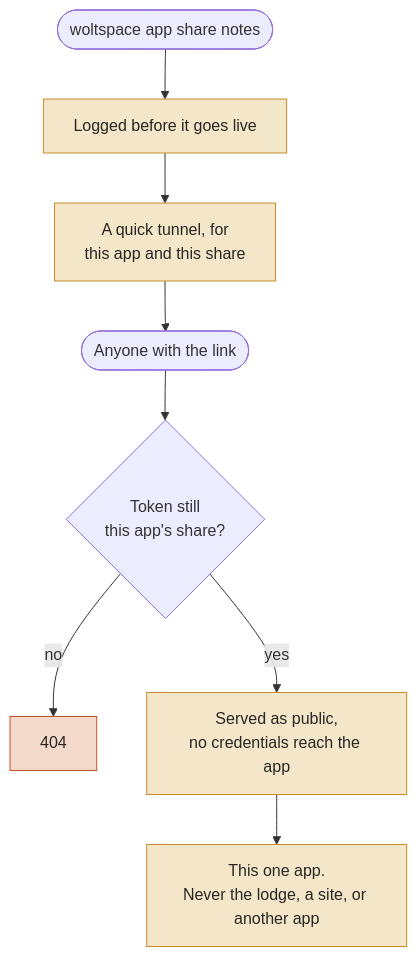
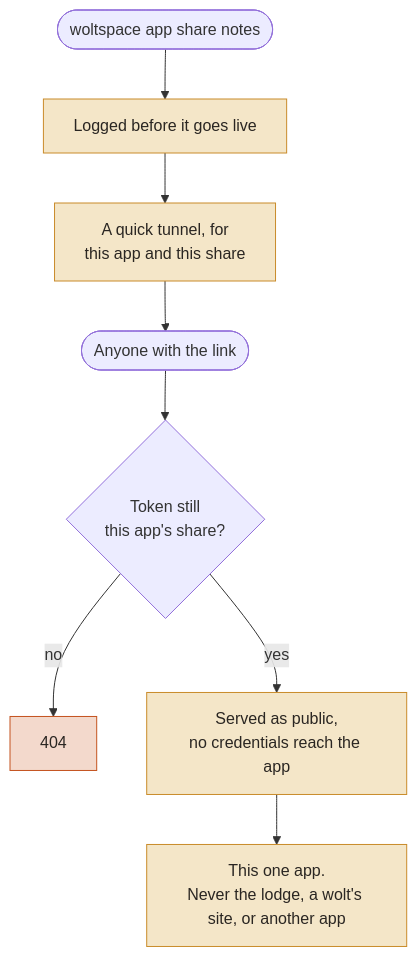
The second of 2 diagrams in docs/mill.md (jerpint/woltspace), drawn with Mermaid before and after one commit. The commit also changed other lines of this file and 8 other files, not shown here.

````diff
--- a/docs/mill.md
+++ b/docs/mill.md
@@ -85,12 +72,12 @@
 ```mermaid
 flowchart TD
   A([woltspace app share notes]) --> LOG[Logged before it goes live]:::new
   LOG --> T[A quick tunnel, for<br>this app and this share]:::new
   T --> V([Anyone with the link])
   V --> C{Token still<br>this app's share?}
   C -- no --> X[404]:::bad
   C -- yes --> P[Served as public,<br>no credentials reach the app]:::new
-  P --> AP[This one app.<br>Never the lodge, a site, or another app]:::new
+  P --> AP[This one app.<br>Never the lodge, a wolt's site, or another app]:::new
   classDef new fill:#f4e6c8,stroke:#C98B2A,color:#2a2622
   classDef bad fill:#f3d9cc,stroke:#C4531E,color:#2a2622
 ```
````
